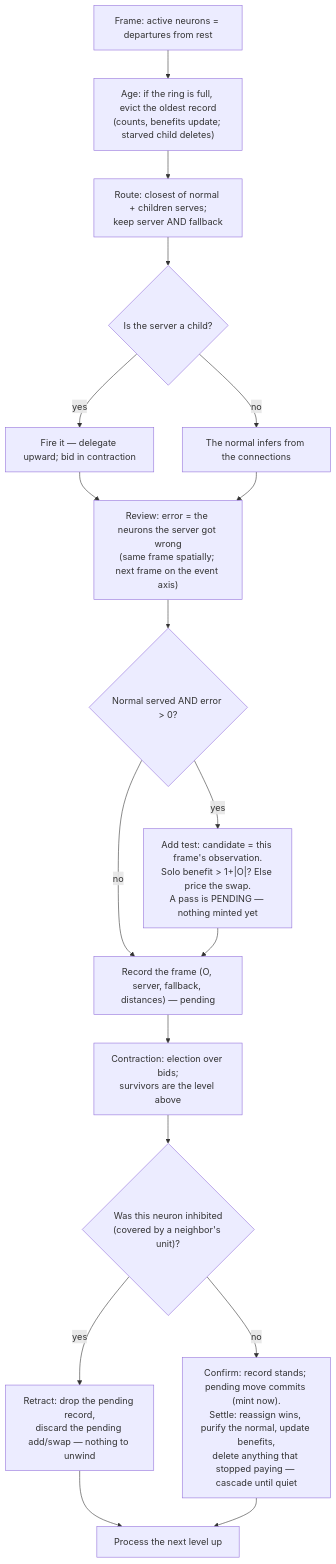
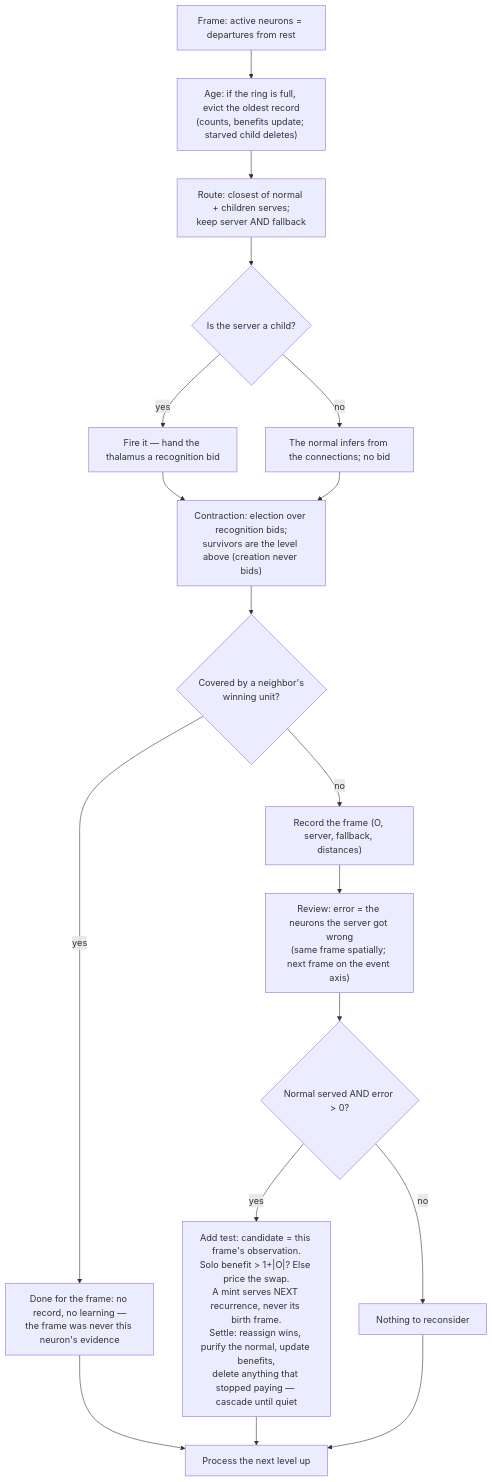
Before and after one commit to cucar/robot_brain: the diagram in docs/algorithm.md, drawn with Mermaid. The commit also changed other lines of this file, not shown here.

````diff
--- a/docs/algorithm.md
+++ b/docs/algorithm.md
@@ -618,20 +683,20 @@
 ```mermaid
 flowchart TD
     A["Frame: active neurons = departures from rest"] --> B["Age: if the ring is full, evict the oldest record<br/>(counts, benefits update; starved child deletes)"]
     B --> C["Route: closest of normal + children serves;<br/>keep server AND fallback"]
     C --> D{"Is the server a child?"}
-    D -->|yes| E["Fire it — delegate upward; bid in contraction"]
-    D -->|no| F["The normal infers from the connections"]
-    E --> G["Review: error = the neurons the server got wrong<br/>(same frame spatially; next frame on the event axis)"]
+    D -->|yes| E["Fire it — hand the thalamus a recognition bid"]
+    D -->|no| F["The normal infers from the connections; no bid"]
+    E --> G["Contraction: election over recognition bids;<br/>survivors are the level above (creation never bids)"]
     F --> G
-    G --> H{"Normal served AND error > 0?"}
-    H -->|yes| I["Add test: candidate = this frame's observation.<br/>Solo benefit > 1+|O|? Else price the swap.<br/>A pass is PENDING — nothing minted yet"]
-    H -->|no| J["Record the frame (O, server, fallback, distances) — pending"]
-    I --> J
-    J --> K["Contraction: election over bids;<br/>survivors are the level above"]
-    K --> L{"Was this neuron inhibited<br/>(covered by a neighbor's unit)?"}
-    L -->|yes| M["Retract: drop the pending record,<br/>discard the pending add/swap — nothing to unwind"]
-    L -->|no| N["Confirm: record stands; pending move commits (mint now).<br/>Settle: reassign wins, purify the normal, update benefits,<br/>delete anything that stopped paying — cascade until quiet"]
-    M --> O["Process the next level up"]
+    G --> H{"Covered by a neighbor's<br/>winning unit?"}
+    H -->|yes| I["Done for the frame: no record, no learning —<br/>the frame was never this neuron's evidence"]
+    H -->|no| J["Record the frame (O, server, fallback, distances)"]
+    J --> K["Review: error = the neurons the server got wrong<br/>(same frame spatially; next frame on the event axis)"]
+    K --> L{"Normal served AND error > 0?"}
+    L -->|yes| M["Add test: candidate = this frame's observation.<br/>Solo benefit > 1+|O|? Else price the swap.<br/>A mint serves NEXT recurrence, never its birth frame.<br/>Settle: reassign wins, purify the normal, update benefits,<br/>delete anything that stopped paying — cascade until quiet"]
+    L -->|no| N["Nothing to reconsider"]
+    I --> O["Process the next level up"]
+    M --> O
     N --> O
 ```
````
